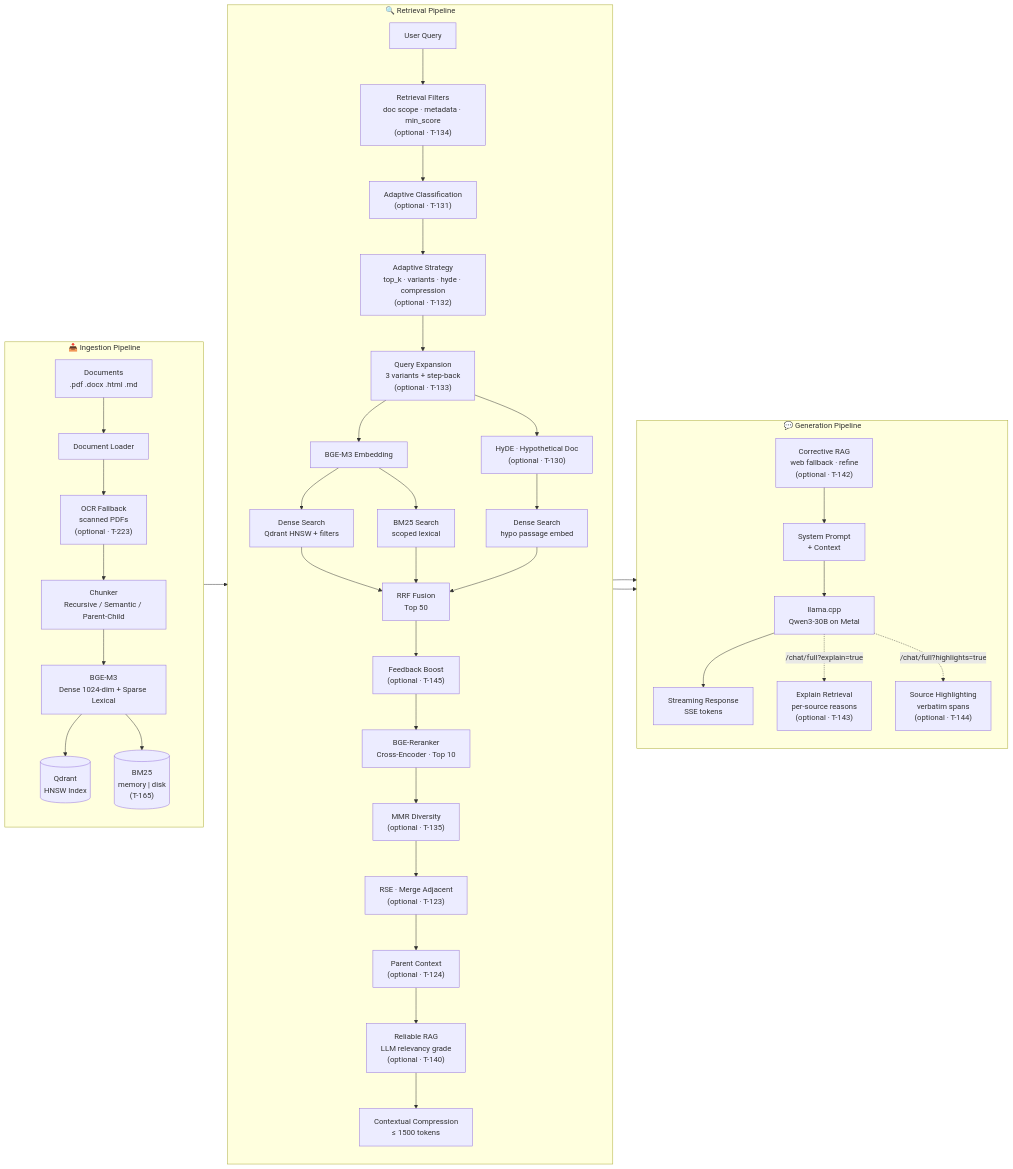
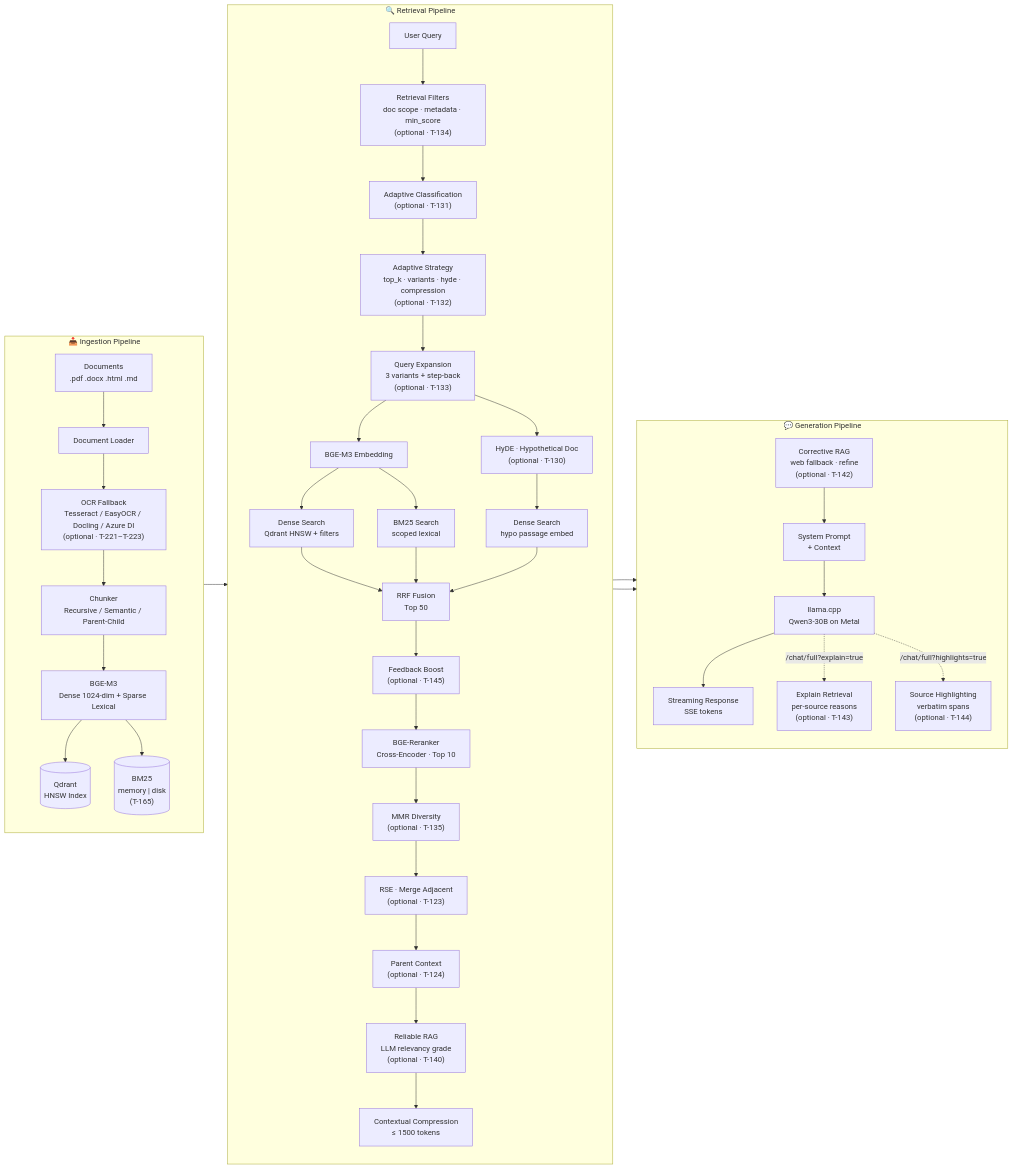
One commit to ealbertoav/rag_platform changed the first of 23 diagrams in README.md. Above: the diagram before and after it, drawn with Mermaid. The commit also changed other lines of this file and 2 other files, not shown here.

First line of the commit message:
Add Azure DI OCR support and update README, configs, and pipeline wiring (T-222, T-223):

````diff
--- a/README.md
+++ b/README.md
@@ -115,48 +117,48 @@
 ```mermaid
 flowchart LR
     subgraph INGEST["📥 Ingestion Pipeline"]
         direction TB
         D["Documents<br/>.pdf .docx .html .md"] --> L[Document Loader]
-        L --> OCR["OCR Fallback<br/>scanned PDFs<br/>(optional · T-223)"]
+        L --> OCR["OCR Fallback<br/>Tesseract / EasyOCR / Docling / Azure DI<br/>(optional · T-221–T-223)"]
         OCR --> C["Chunker<br/>Recursive / Semantic / Parent-Child"]
         C --> E["BGE-M3<br/>Dense 1024-dim + Sparse Lexical"]
         E --> Q[("Qdrant<br/>HNSW Index")]
         E --> B[("BM25<br/>memory | disk<br/>(T-165)")]
     end
 
     subgraph RETRIEVE["🔍 Retrieval Pipeline"]
         direction TB
         QX["User Query"] --> FILT["Retrieval Filters<br/>doc scope · metadata · min_score<br/>(optional · T-134)"]
         FILT --> ADAPT["Adaptive Classification<br/>(optional · T-131)"]
         ADAPT --> STRAT["Adaptive Strategy<br/>top_k · variants · hyde · compression<br/>(optional · T-132)"]
         STRAT --> EXP["Query Expansion<br/>3 variants + step-back<br/>(optional · T-133)"]
         EXP --> EM[BGE-M3 Embedding]
         EXP --> HYDE["HyDE · Hypothetical Doc<br/>(optional · T-130)"]
         HYDE --> DS2["Dense Search<br/>hypo passage embed"]
         EM --> DS["Dense Search<br/>Qdrant HNSW + filters"]
         EM --> BS["BM25 Search<br/>scoped lexical"]
         DS --> RF["RRF Fusion<br/>Top 50"]
         DS2 --> RF
         BS --> RF
         RF --> FB["Feedback Boost<br/>(optional · T-145)"]
         FB --> RR["BGE-Reranker<br/>Cross-Encoder · Top 10"]
         RR --> DIV["MMR Diversity<br/>(optional · T-135)"]
         DIV --> RSE["RSE · Merge Adjacent<br/>(optional · T-123)"]
         RSE --> PC["Parent Context<br/>(optional · T-124)"]
         PC --> RRAG["Reliable RAG<br/>LLM relevancy grade<br/>(optional · T-140)"]
         RRAG --> CC["Contextual Compression<br/>≤ 1500 tokens"]
     end
 
     subgraph GENERATE["💬 Generation Pipeline"]
         direction TB
         CC --> CRAG["Corrective RAG<br/>web fallback · refine<br/>(optional · T-142)"]
         CRAG --> PR["System Prompt<br/>+ Context"]
         PR --> LLM["llama.cpp<br/>Qwen3-30B on Metal"]
         LLM --> SSE["Streaming Response<br/>SSE tokens"]
         LLM -.->|"/chat/full?explain=true"| XPL["Explain Retrieval<br/>per-source reasons<br/>(optional · T-143)"]
         LLM -.->|"/chat/full?highlights=true"| HL["Source Highlighting<br/>verbatim spans<br/>(optional · T-144)"]
     end
 
     INGEST --> RETRIEVE
     RETRIEVE --> GENERATE
 ```
````
